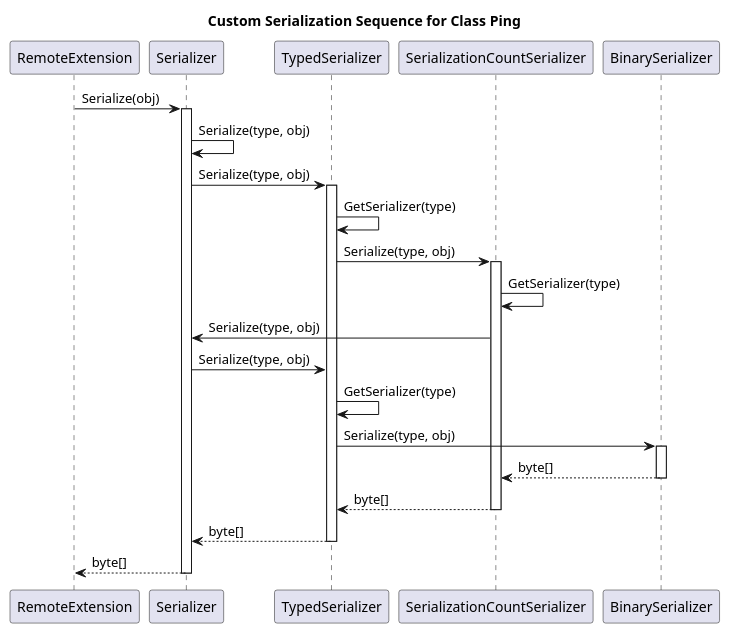
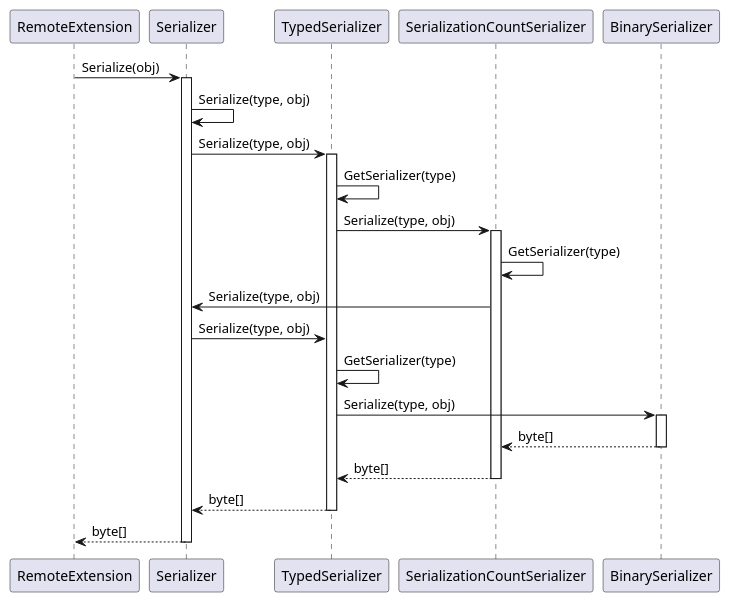
One commit to toniarnold/DMediatR changed the second of 2 diagrams in doc/docs/serializer.md. Above: the diagram before and after it, drawn with PlantUML. The commit also changed other lines of this file and 40 other files, not shown here.

````diff
--- a/doc/docs/serializer.md
+++ b/doc/docs/serializer.md
@@ -77,37 +78,35 @@
 ```plantUml
 @startuml serialization-sequence
-
-Title Custom Serialization Sequence for Class Ping
 
 participant RemoteExtension
 participant Serializer
 participant TypedSerializer
 participant SerializationCountSerializer
 participant BinarySerializer
 
 
 RemoteExtension -> Serializer: Serialize(obj)
 activate Serializer
 Serializer -> Serializer: Serialize(type, obj)
 Serializer -> TypedSerializer: Serialize(type, obj)
 activate TypedSerializer
 TypedSerializer -> TypedSerializer: GetSerializer(type)
 TypedSerializer -> SerializationCountSerializer: Serialize(type, obj)
 activate SerializationCountSerializer
 SerializationCountSerializer -> SerializationCountSerializer: GetSerializer(type)
 SerializationCountSerializer -> Serializer: Serialize(type, obj)
 Serializer -> TypedSerializer: Serialize(type, obj)
 TypedSerializer -> TypedSerializer: GetSerializer(type)
 TypedSerializer -> BinarySerializer: Serialize(type, obj)
 activate BinarySerializer
 BinarySerializer --> SerializationCountSerializer: byte[]
 deactivate BinarySerializer
 SerializationCountSerializer --> TypedSerializer: byte[]
 deactivate SerializationCountSerializer
 TypedSerializer --> Serializer: byte[]
 deactivate TypedSerializer
 Serializer --> RemoteExtension: byte[]
 deactivate Serializer
 
 @enduml
 ```
````
